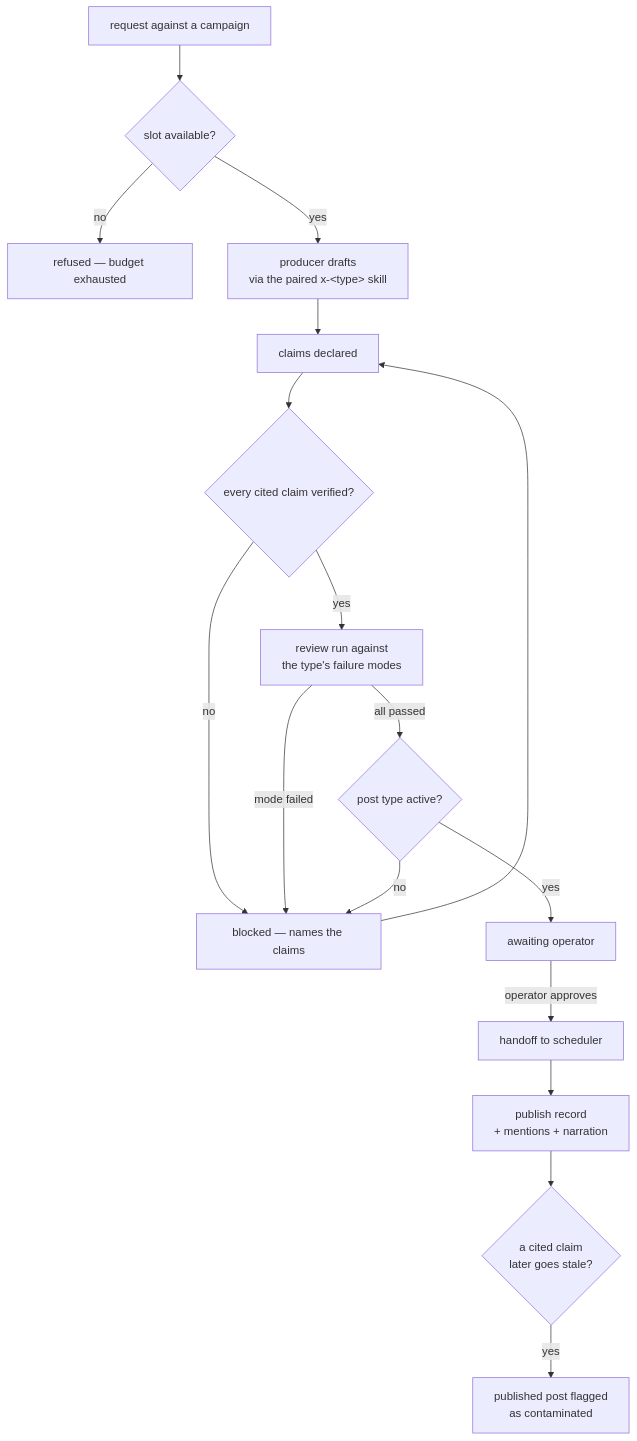
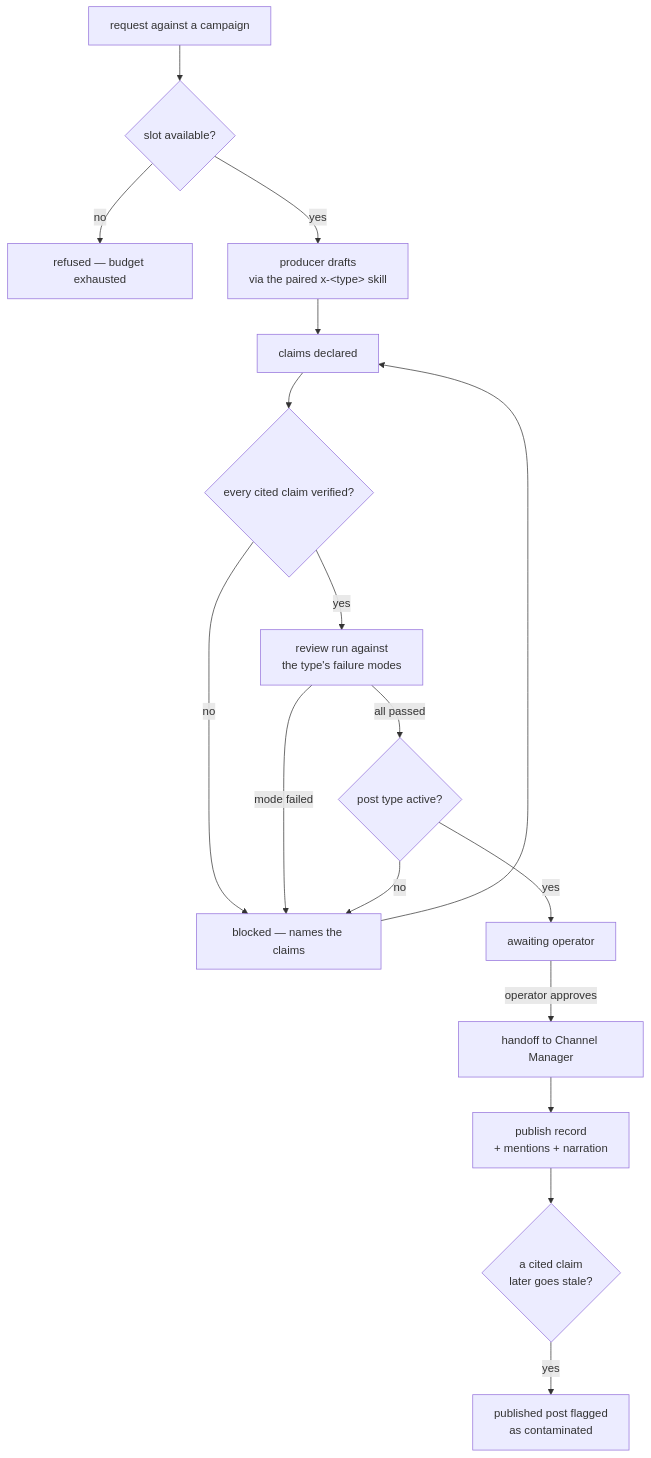
Before and after one commit to Vrooli/Vrooli: the diagram in scenarios/content-desk/docs/concepts/FLOWS.md, drawn with Mermaid. The commit also changed other lines of this file and 169 other files, not shown here.

````diff
--- a/scenarios/content-desk/docs/concepts/FLOWS.md
+++ b/scenarios/content-desk/docs/concepts/FLOWS.md
@@ -191,19 +191,19 @@
 ```mermaid
 flowchart TD
     R["request against a campaign"] --> SL{"slot available?"}
     SL -->|no| REJ["refused — budget exhausted"]
     SL -->|yes| D["producer drafts<br/>via the paired x-&lt;type&gt; skill"]
     D --> C["claims declared"]
     C --> CH{"every cited claim verified?"}
     CH -->|no| B["blocked — names the claims"]
     B --> C
     CH -->|yes| RV["review run against<br/>the type's failure modes"]
     RV -->|mode failed| B
     RV -->|all passed| PT{"post type active?"}
     PT -->|no| B
     PT -->|yes| AP["awaiting operator"]
-    AP -->|operator approves| PUB["handoff to scheduler"]
+    AP -->|operator approves| PUB["handoff to Channel Manager"]
     PUB --> LG["publish record<br/>+ mentions + narration"]
     LG --> ST{"a cited claim<br/>later goes stale?"}
     ST -->|yes| FLAG["published post flagged<br/>as contaminated"]
 ```
````
